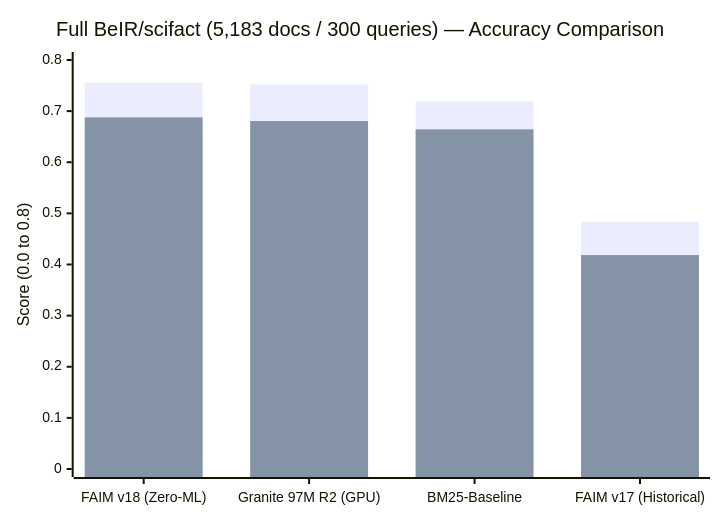
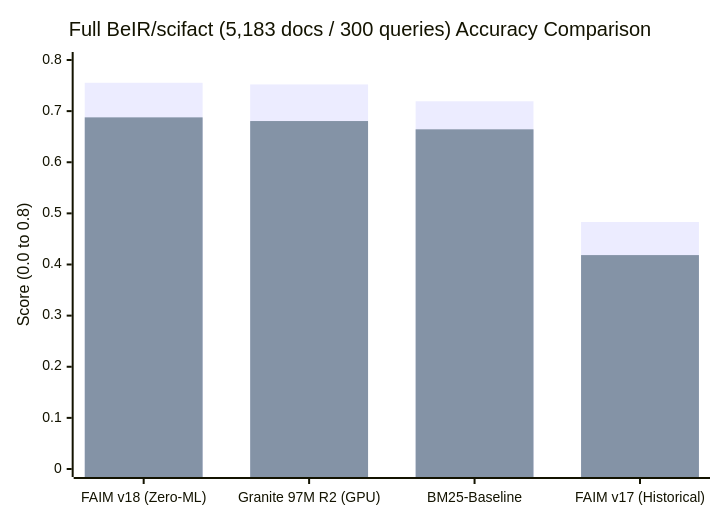
The first of 2 diagrams in faim_native/Docs/13-benchmarks/02-production-benchmark-suite-2026-11-22.md (sainibhaowal/FAIMatrix), drawn with Mermaid before and after one commit. The commit also changed other lines of this file and 8 other files, not shown here.

````diff
--- a/faim_native/Docs/13-benchmarks/02-production-benchmark-suite-2026-11-22.md
+++ b/faim_native/Docs/13-benchmarks/02-production-benchmark-suite-2026-11-22.md
@@ -9,8 +9,8 @@
 ```mermaid
 xychart-beta
-    title "Full BeIR/scifact (5,183 docs / 300 queries) — Accuracy Comparison"
+    title "Full BeIR/scifact (5,183 docs / 300 queries) Accuracy Comparison"
     x-axis ["FAIM v18 (Zero-ML)", "Granite 97M R2 (GPU)", "BM25-Baseline", "FAIM v17 (Historical)"]
     y-axis "Score (0.0 to 0.8)" 0.0 --> 0.8
     bar [0.7554, 0.7522, 0.7193, 0.4831]
     bar [0.6878, 0.6806, 0.6644, 0.4184]
 ```
````
